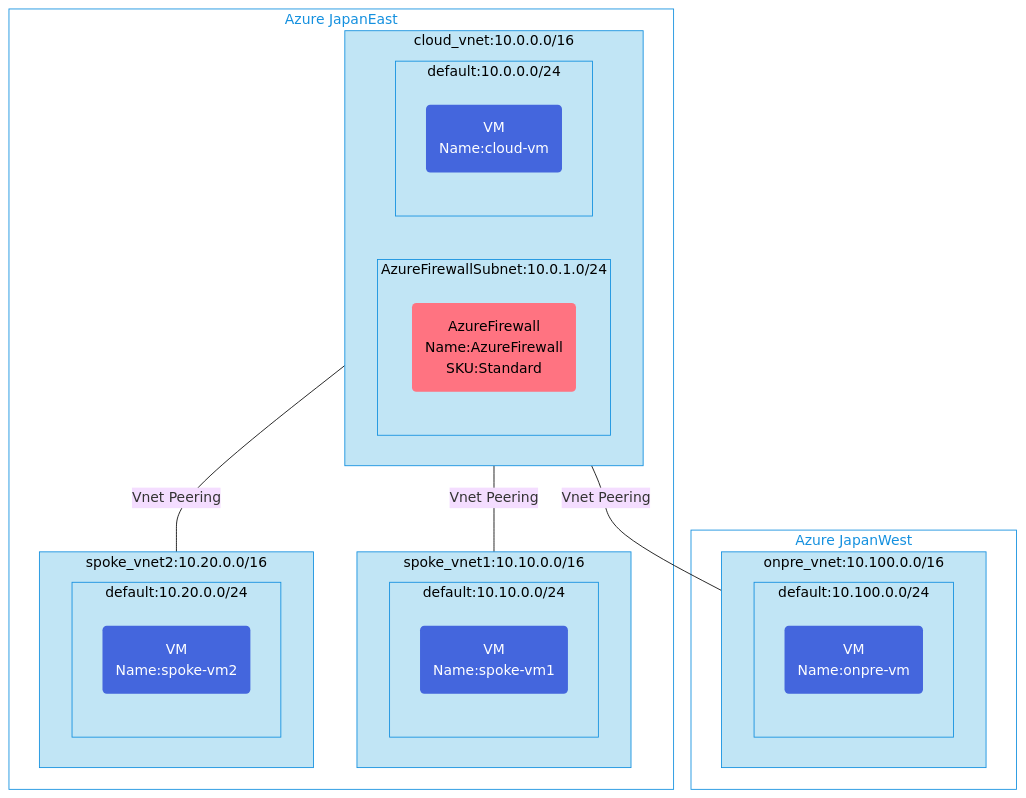
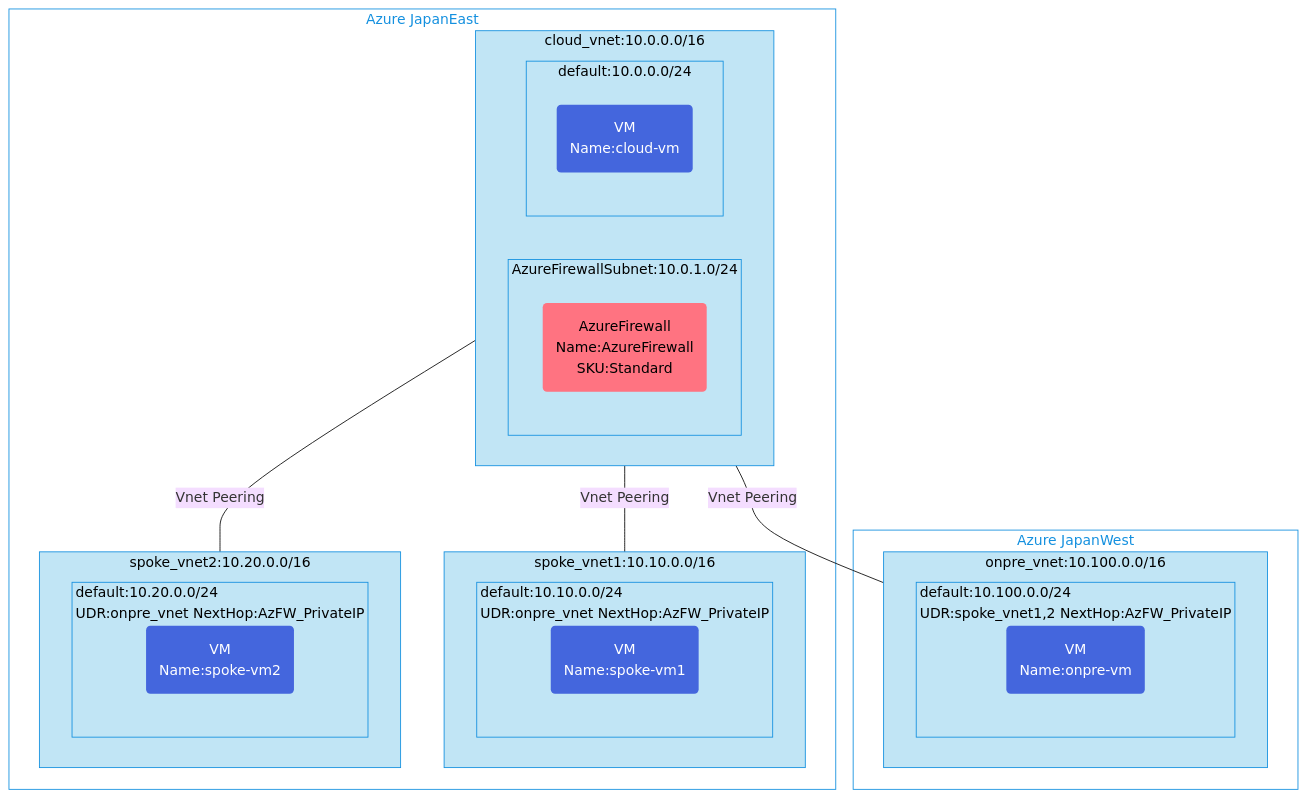
One commit to toizumi03/bicep-templates changed the diagram in hubFW-spoke-vnetpeering-env/README.md. Above: the diagram before and after it, drawn with Mermaid (base theme).

````diff
--- a/hubFW-spoke-vnetpeering-env/README.md
+++ b/hubFW-spoke-vnetpeering-env/README.md
@@ -3,57 +3,57 @@
 ```mermaid
 graph TB;
 %% Groups and Services
 subgraph GR1[Azure JapanEast]
   subgraph GV1[cloud_vnet:10.0.0.0/16]
       subgraph GVS5[AzureFirewallSubnet:10.0.1.0/24]
         AzFW("AzureFirewall<br/>Name:AzureFirewall<br/>SKU:Standard")
       end
       subgraph GVS1[default:10.0.0.0/24]
         CP1("VM<br/>Name:cloud-vm")
       end
   end
   subgraph GV2[spoke_vnet1:10.10.0.0/16]
-      subgraph GVS3[default:10.10.0.0/24]
+      subgraph GVS3[default:10.10.0.0/24<br/>UDR:onpre_vnet NextHop:AzFW_PrivateIP]
         CP3("VM<br/>Name:spoke-vm1")
       end
 end
   subgraph GV3[spoke_vnet2:10.20.0.0/16]
-      subgraph GVS4[default:10.20.0.0/24]
+      subgraph GVS4[default:10.20.0.0/24<br/>UDR:onpre_vnet NextHop:AzFW_PrivateIP]
         CP4("VM<br/>Name:spoke-vm2")
       end
 end
 end
 subgraph GR2[Azure JapanWest]
   subgraph ONPV1[onpre_vnet:10.100.0.0/16]
-      subgraph ONPS2[default:10.100.0.0/24]
+      subgraph ONPS2[default:10.100.0.0/24<br/>UDR:spoke_vnet1,2 NextHop:AzFW_PrivateIP]
         CP2("VM<br/>Name:onpre-vm")
     end
 end
 end
 
 %% Relation for resources
 GV1 --Vnet Peering---ONPV1
 GV1 --Vnet Peering---GV2
 GV1 --Vnet Peering---GV3
 
 %% Groups style
 classDef GSR fill:#fff,color:#1490df,stroke:#1490df
 class GR1,GR2 GSR
 
 classDef SGV1 fill:#c1e5f5,color:#000,stroke:#1490df
 class GV1,GV2,GV3,GC2,GVS1,GVS2,GVS3,GVS4,GVS5 SGV1
 
 classDef SGonpV fill:#c1e5f5,color:#000,stroke:#1490df
 class ONPV1,ONPS1,ONPS2 SGonpV
  
 %% Service Style
 classDef SCP fill:#4466dd,color:#fff,stroke:none
 class CP1,CP2,CP3,CP4,CP5 SCP
 
 classDef SFW fill:#ff7381,color:#000,stroke:none
 class AzFW SFW
 
 classDef SVPNGW fill:#57d1ed,color:#000,stroke:none
 class VPNGW1,VPNGW2 SVPNGW
 
 ```
````
